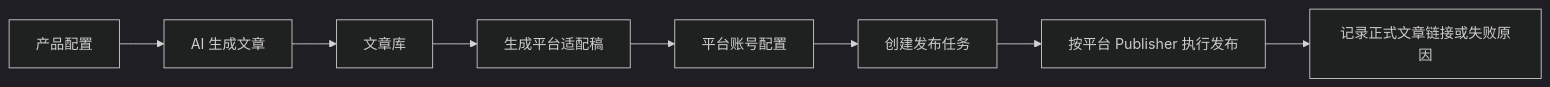
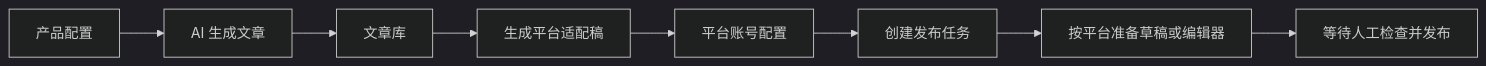
The diagram in README.md (cu-min/contentpilot-ai), drawn with Mermaid (dark theme) before and after one commit. The commit also changed other lines of this file and 6 other files, not shown here.

````diff
--- a/README.md
+++ b/README.md
@@ -168,10 +169,10 @@
 ```mermaid
 flowchart LR
     A[产品配置] --> B[AI 生成文章]
     B --> C[文章库]
     C --> D[生成平台适配稿]
     D --> E[平台账号配置]
     E --> F[创建发布任务]
-    F --> G[按平台 Publisher 执行发布]
-    G --> H[记录正式文章链接或失败原因]
+    F --> G[按平台准备草稿或编辑器]
+    G --> H[等待人工检查并发布]
 ```
````
